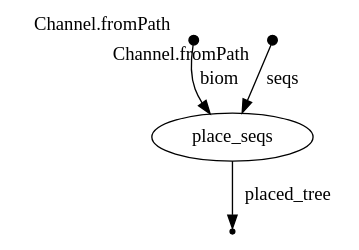
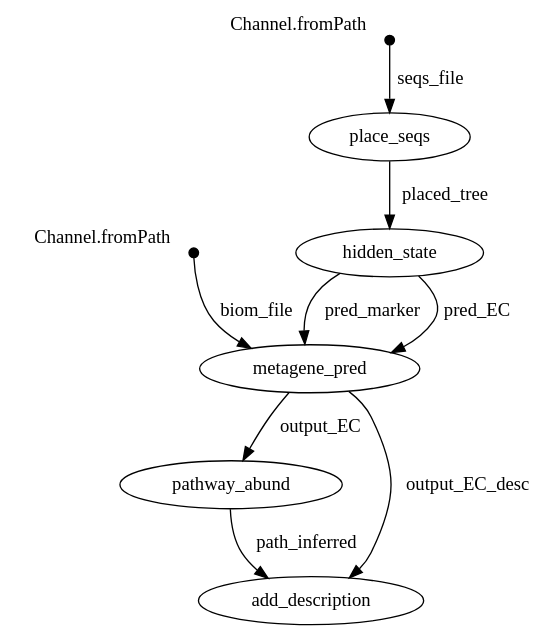
The diagram in flowchart.dot (qpmnguyen/microbe_set_trait), drawn with Graphviz before and after one commit. The commit also changed 3 other files, not shown here.

```diff
--- a/flowchart.dot
+++ b/flowchart.dot
@@ -1,14 +1,34 @@
 digraph "flowchart" {
 p0 [shape=point,label="",fixedsize=true,width=0.1,xlabel="Channel.fromPath"];
-p2 [label="place_seqs"];
-p0 -> p2 [label="biom"];
+p4 [label="metagene_pred"];
+p0 -> p4 [label="biom_file"];
 
 p1 [shape=point,label="",fixedsize=true,width=0.1,xlabel="Channel.fromPath"];
 p2 [label="place_seqs"];
-p1 -> p2 [label="seqs"];
+p1 -> p2 [label="seqs_file"];
 
 p2 [label="place_seqs"];
-p3 [shape=point];
+p3 [label="hidden_state"];
 p2 -> p3 [label="placed_tree"];
 
+p3 [label="hidden_state"];
+p4 [label="metagene_pred"];
+p3 -> p4 [label="pred_marker"];
+
+p3 [label="hidden_state"];
+p4 [label="metagene_pred"];
+p3 -> p4 [label="pred_EC"];
+
+p4 [label="metagene_pred"];
+p5 [label="pathway_abund"];
+p4 -> p5 [label="output_EC"];
+
+p4 [label="metagene_pred"];
+p6 [label="add_description"];
+p4 -> p6 [label="output_EC_desc"];
+
+p5 [label="pathway_abund"];
+p6 [label="add_description"];
+p5 -> p6 [label="path_inferred"];
+
 }
```
